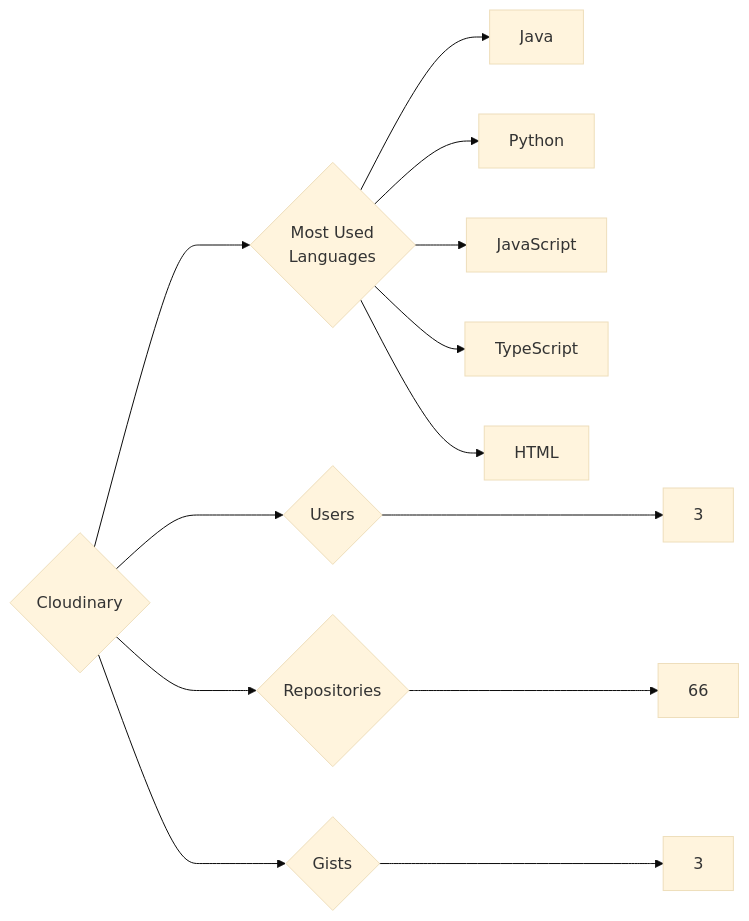
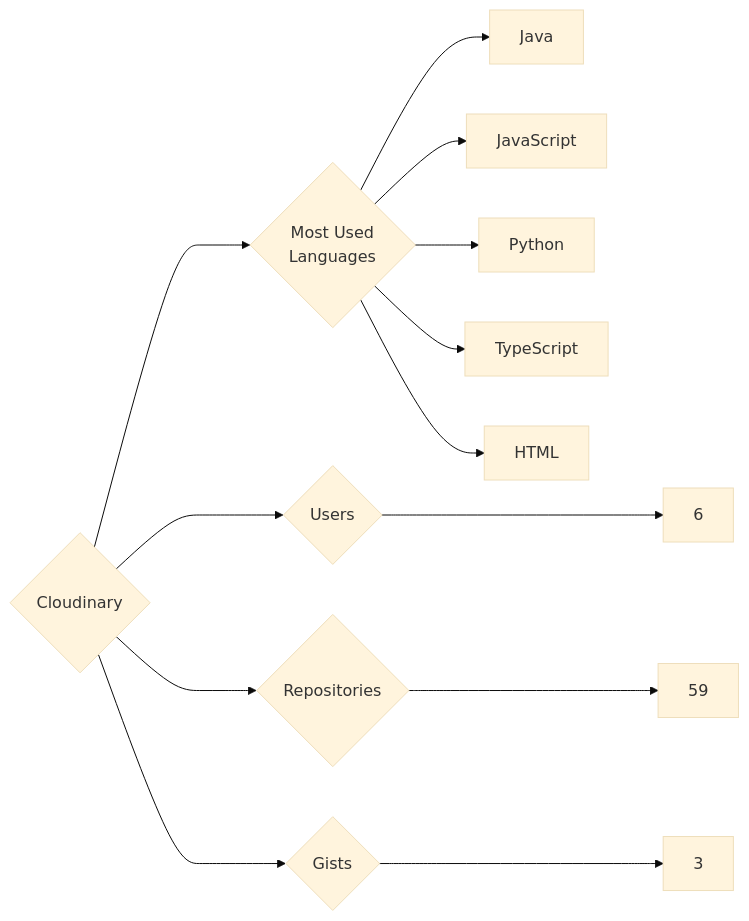
Before and after one commit to trickest/insiders: the diagram in targets/Cloudinary/README.md, drawn with Mermaid (base theme). The commit also changed 880 other files, not shown here.

````diff
--- a/targets/Cloudinary/README.md
+++ b/targets/Cloudinary/README.md
@@ -3,13 +3,13 @@
 ```mermaid
 graph LR
 COMPANY_NAME{Cloudinary}
-COMPANY_NAME ---> U{Users} ---> UN[3]
-COMPANY_NAME ---> R{Repositories} ---> RN[66]
+COMPANY_NAME ---> U{Users} ---> UN[6]
+COMPANY_NAME ---> R{Repositories} ---> RN[59]
 COMPANY_NAME ---> G{Gists} ---> GN[3]
 COMPANY_NAME ---> ML{Most Used<br>Languages}
 ML --> Java[Java]
+ML --> JavaScript[JavaScript]
 ML --> Python[Python]
-ML --> JavaScript[JavaScript]
 ML --> TypeScript[TypeScript]
 ML --> HTML[HTML]
 ```
````
